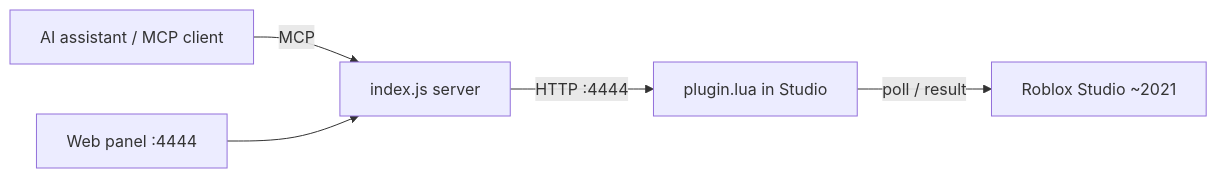
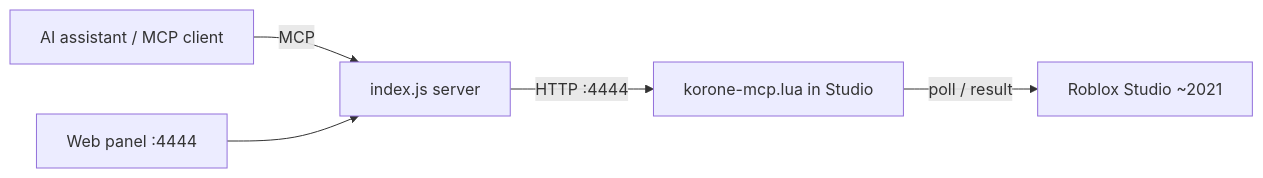
One commit to undef1n9d/korone-mcp changed the diagram in README.md. Above: the diagram before and after it, drawn with Mermaid. The commit also changed other lines of this file and 3 other files, not shown here.

````diff
--- a/README.md
+++ b/README.md
@@ -28,7 +28,7 @@
 ```mermaid
 graph LR
     A[AI assistant / MCP client] -->|MCP| B[index.js server]
-    B -->|HTTP :4444| C[plugin.lua in Studio]
+    B -->|HTTP :4444| C[korone-mcp.lua in Studio]
     C -->|poll / result| D[Roblox Studio ~2021]
     E[Web panel :4444] --> B
 ```
````
